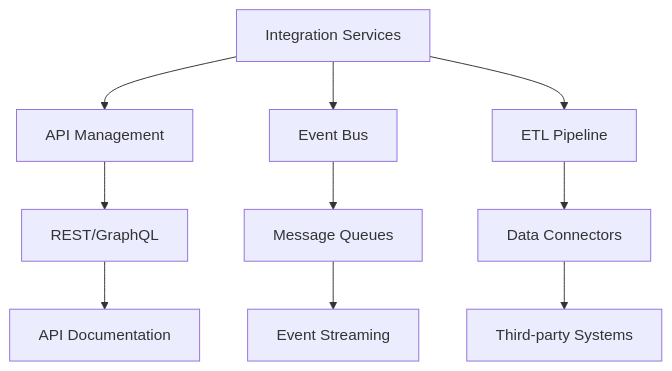
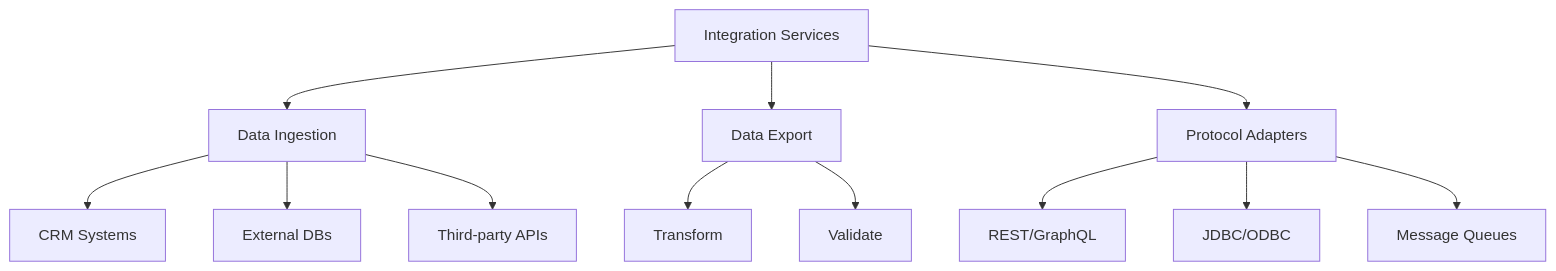
Before and after one commit to jihadajUAEU/bluemeshv2: the sixth of 11 diagrams in layers.md, drawn with Mermaid. The commit also changed other lines of this file and 2 other files, not shown here.

Commit message:
Revise implementation documentation to enhance structure and clarity, including updated section titles, improved organization, and removal of outdated content.

````diff
--- a/layers.md
+++ b/layers.md
@@ -125,12 +123,17 @@
 ```mermaid
 graph TD
-    A[Integration Services] --> B[API Management]
-    A --> C[Event Bus]
-    A --> D[ETL Pipeline]
-    B --> E[REST/GraphQL]
-    C --> F[Message Queues]
-    D --> G[Data Connectors]
-    E --> H[API Documentation]
-    F --> I[Event Streaming]
-    G --> J[Third-party Systems]
+    A[Integration Services] --> B[Data Ingestion]
+    A --> C[Data Export]
+    A --> D[Protocol Adapters]
+    
+    B --> E[CRM Systems]
+    B --> F[External DBs]
+    B --> G[Third-party APIs]
+    
+    C --> H[Transform]
+    C --> I[Validate]
+    
+    D --> J[REST/GraphQL]
+    D --> K[JDBC/ODBC]
+    D --> L[Message Queues]
 ```
````
